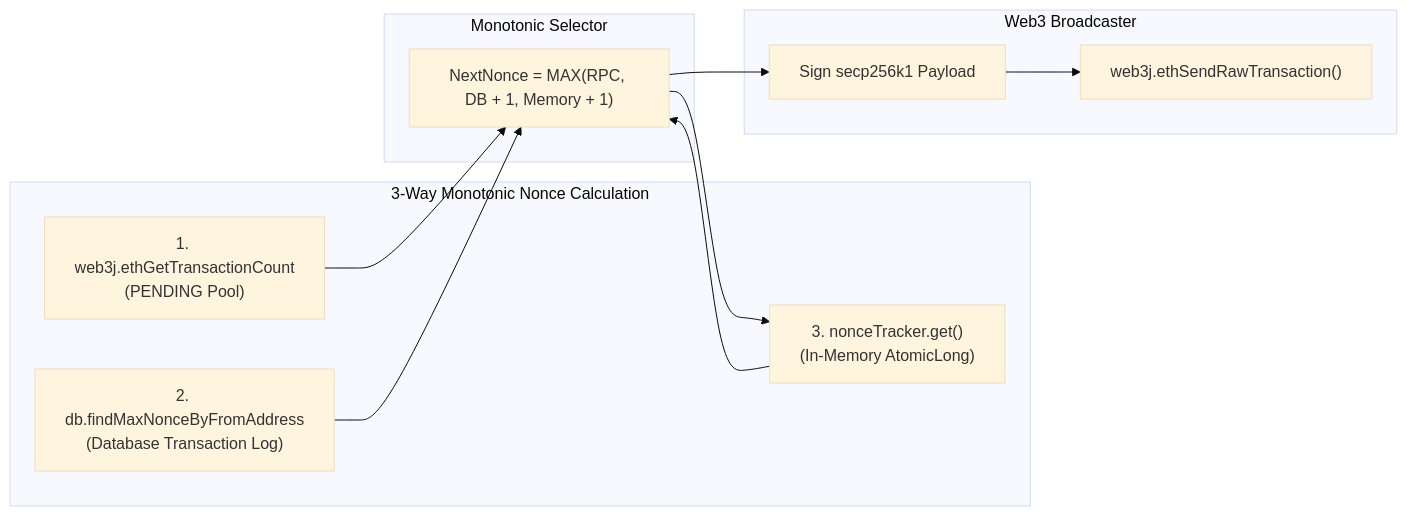
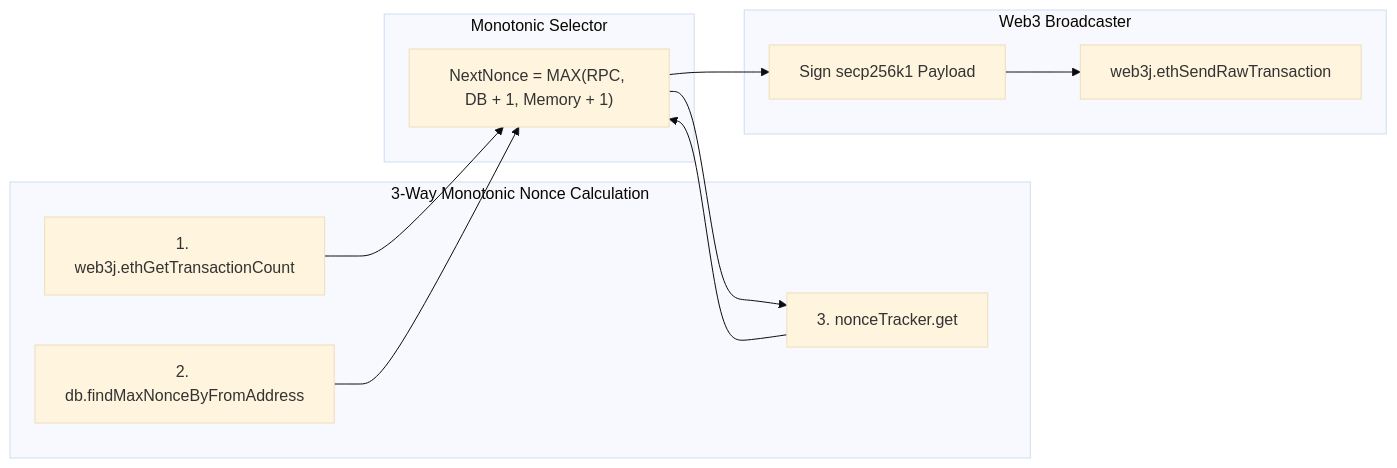
Before and after one commit to 0xshikhar/chainpay: the fourth of 6 diagrams in README.md, drawn with Mermaid (base theme). The commit also changed other lines of this file, not shown here.

````diff
--- a/README.md
+++ b/README.md
@@ -214,24 +214,24 @@
 ```mermaid
 flowchart LR
     subgraph NonceEngine["3-Way Monotonic Nonce Calculation"]
-        RPC["1. web3j.ethGetTransactionCount\n(PENDING Pool)"]
-        DBNonce["2. db.findMaxNonceByFromAddress\n(Database Transaction Log)"]
-        AtomicTracker["3. nonceTracker.get()\n(In-Memory AtomicLong)"]
+        RPC["1. web3j.ethGetTransactionCount"]
+        DBNonce["2. db.findMaxNonceByFromAddress"]
+        AtomicTracker["3. nonceTracker.get"]
     end
 
     subgraph Selection["Monotonic Selector"]
         MathMax["NextNonce = MAX(RPC, DB + 1, Memory + 1)"]
     end
 
     subgraph EVMBroadcast["Web3 Broadcaster"]
         Sign["Sign secp256k1 Payload"]
-        Broadcast["web3j.ethSendRawTransaction()"]
+        Broadcast["web3j.ethSendRawTransaction"]
     end
 
     RPC --> MathMax
     DBNonce --> MathMax
     AtomicTracker --> MathMax
     MathMax --> AtomicTracker
     MathMax --> Sign
     Sign --> Broadcast
 ```
````
